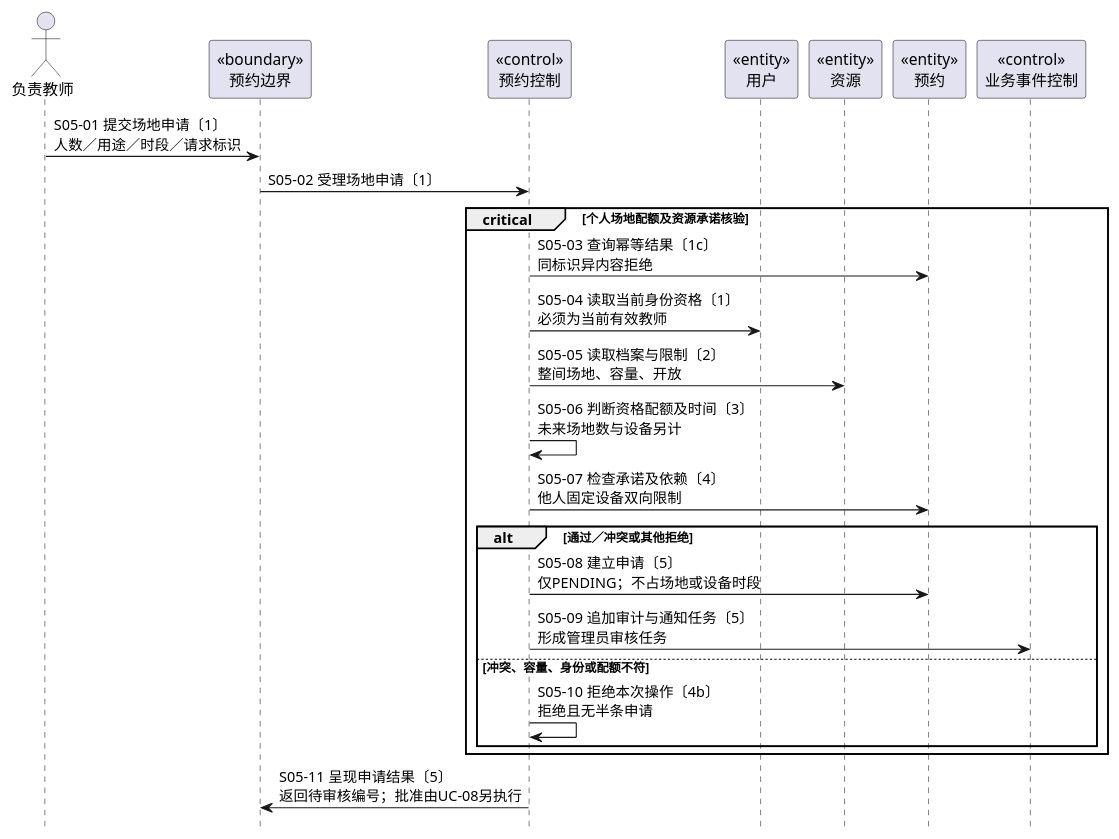
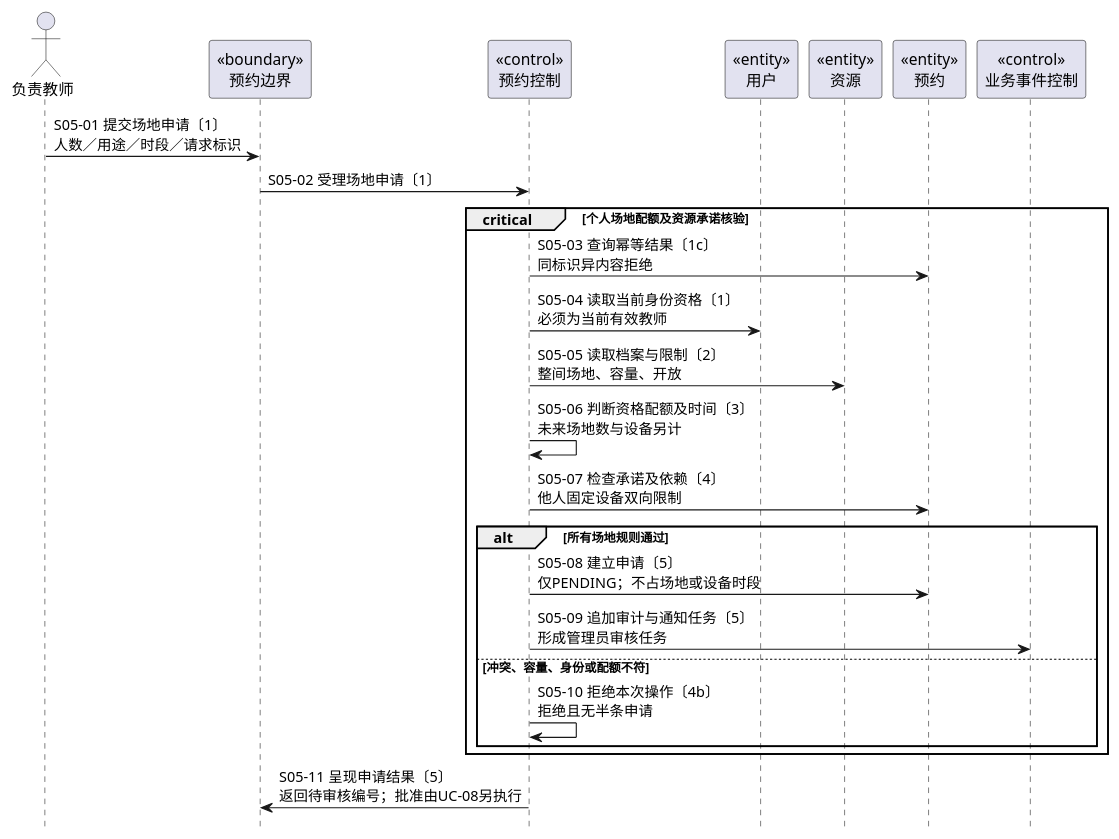
One commit to yvming67-gif/campus-lab-equipment-manager changed the diagram in models/图形源文件/图5-5-场地申请内部协作序列图.puml. Above: the diagram before and after it, drawn with PlantUML. The commit also changed 38 other files, not shown here.

```diff
--- a/models/图形源文件/图5-5-场地申请内部协作序列图.puml
+++ b/models/图形源文件/图5-5-场地申请内部协作序列图.puml
@@ -1,27 +1,27 @@
 @startuml
 skinparam defaultFontName Microsoft YaHei
 hide footbox
 actor "负责教师" as L0
 participant "«boundary»\n预约边界" as L1
 participant "«control»\n预约控制" as L2
 participant "«entity»\n用户" as L3
 participant "«entity»\n资源" as L4
 participant "«entity»\n预约" as L5
 participant "«control»\n业务事件控制" as L6
 L0 -> L1: S05-01 提交场地申请〔1〕\n人数／用途／时段／请求标识
 L1 -> L2: S05-02 受理场地申请〔1〕
 critical 个人场地配额及资源承诺核验
 L2 -> L5: S05-03 查询幂等结果〔1c〕\n同标识异内容拒绝
 L2 -> L3: S05-04 读取当前身份资格〔1〕\n必须为当前有效教师
 L2 -> L4: S05-05 读取档案与限制〔2〕\n整间场地、容量、开放
 L2 -> L2: S05-06 判断资格配额及时间〔3〕\n未来场地数与设备另计
 L2 -> L5: S05-07 检查承诺及依赖〔4〕\n他人固定设备双向限制
-alt 通过／冲突或其他拒绝
+alt 所有场地规则通过
 L2 -> L5: S05-08 建立申请〔5〕\n仅PENDING；不占场地或设备时段
 L2 -> L6: S05-09 追加审计与通知任务〔5〕\n形成管理员审核任务
 else 冲突、容量、身份或配额不符
 L2 -> L2: S05-10 拒绝本次操作〔4b〕\n拒绝且无半条申请
 end
 end
 L2 -> L1: S05-11 呈现申请结果〔5〕\n返回待审核编号；批准由UC-08另执行
 @enduml
```
